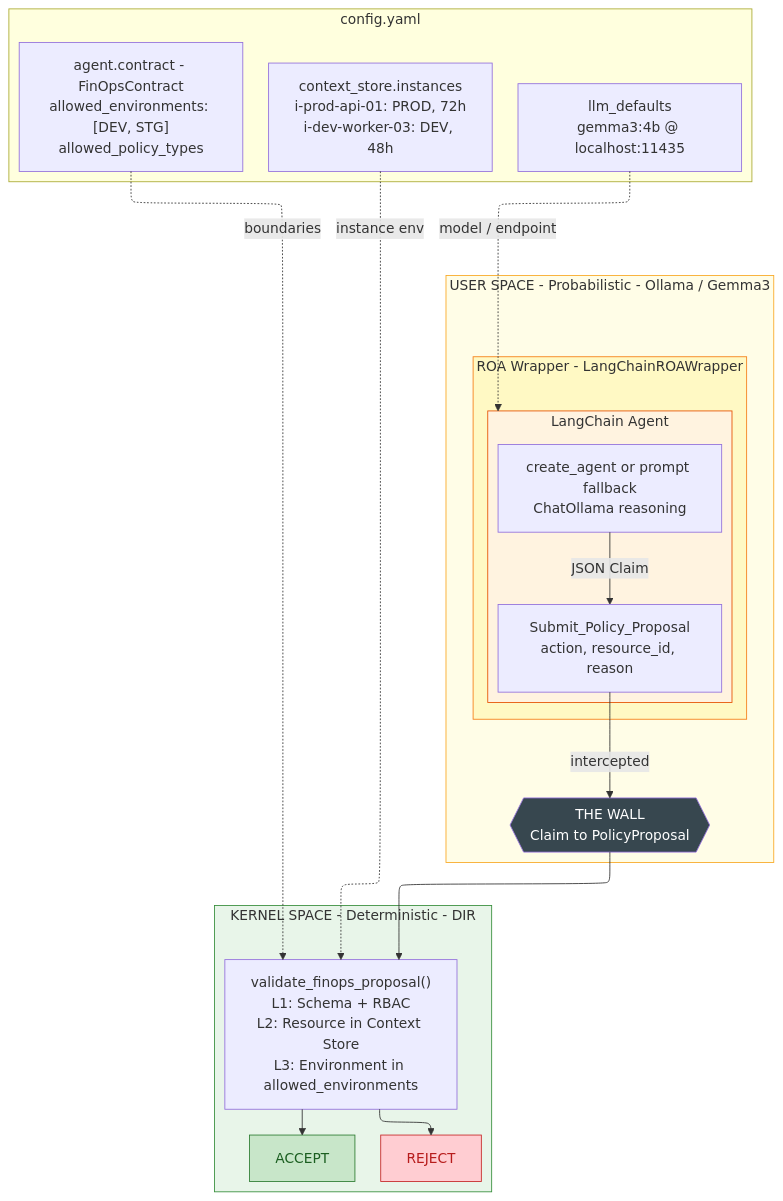
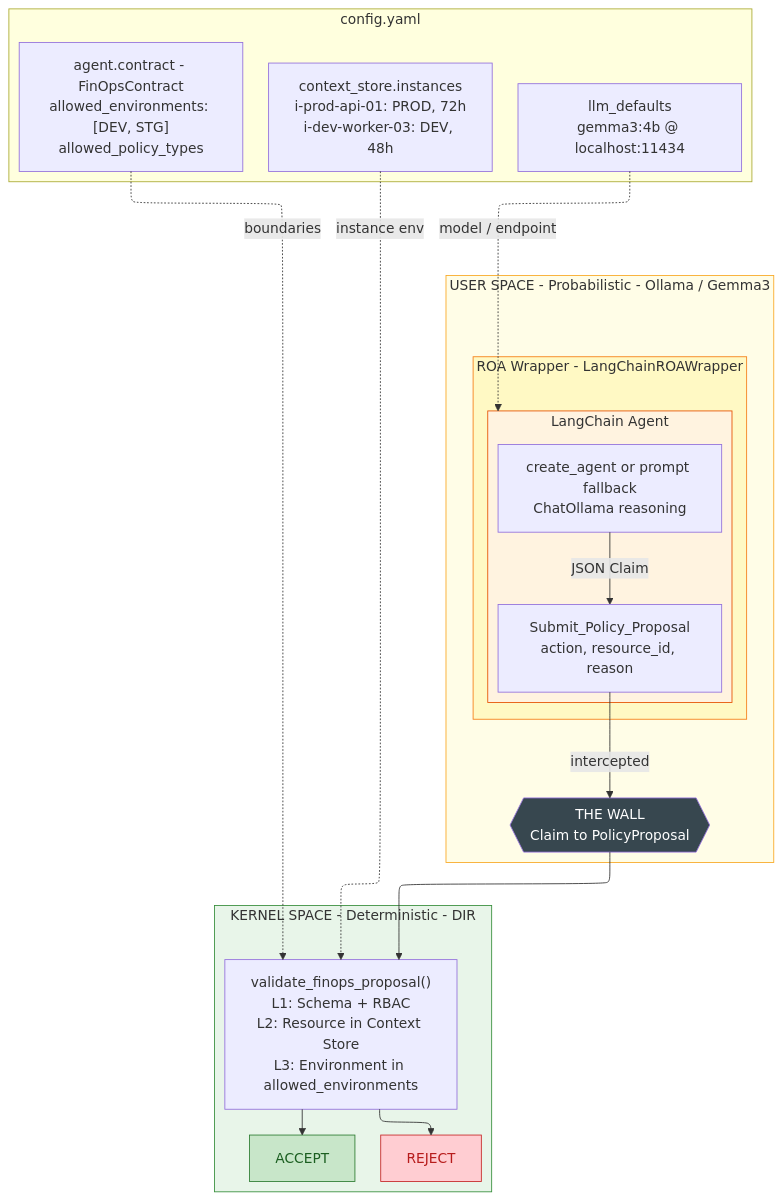
Before and after one commit to huka81/decision-intelligence-runtime: the first of 3 diagrams in samples/34_langchain_roa_wrapper/README.md, drawn with Mermaid. The commit also changed other lines of this file and 62 other files, not shown here.

````diff
--- a/samples/34_langchain_roa_wrapper/README.md
+++ b/samples/34_langchain_roa_wrapper/README.md
@@ -110,45 +110,45 @@
 ```mermaid
 ---
 config:
   layout: elk
 ---
 flowchart TB
     subgraph CFG["config.yaml"]
-        LLMCFG["`llm_defaults<br/>gemma3:4b @ localhost:11435`"]
+        LLMCFG["`llm_defaults<br/>gemma3:4b @ localhost:11434`"]
         CONTRACT["`agent.contract - FinOpsContract<br/>allowed_environments: [DEV, STG]<br/>allowed_policy_types`"]
         CTXSTORE["`context_store.instances<br/>i-prod-api-01: PROD, 72h<br/>i-dev-worker-03: DEV, 48h`"]
     end
 
     subgraph US["USER SPACE - Probabilistic - Ollama / Gemma3"]
         subgraph ROA["ROA Wrapper - LangChainROAWrapper"]
             subgraph LC["LangChain Agent"]
                 AGENT["`create_agent or prompt fallback<br/>ChatOllama reasoning`"]
                 TOOL["`Submit_Policy_Proposal<br/>action, resource_id, reason`"]
                 AGENT -->|JSON Claim| TOOL
             end
         end
         TOOL -->|intercepted| WALL
     end
 
     WALL{{"`THE WALL<br/>Claim to PolicyProposal`"}}
 
     subgraph KS["KERNEL SPACE - Deterministic - DIR"]
         DIM["`validate_finops_proposal()<br/>L1: Schema + RBAC<br/>L2: Resource in Context Store<br/>L3: Environment in allowed_environments`"]
         ACCEPT["ACCEPT"]
         REJ["REJECT"]
         DIM --> ACCEPT & REJ
     end
 
     WALL --> DIM
     CTXSTORE -.->|instance env| DIM
     CONTRACT -.->|boundaries| DIM
     LLMCFG -.->|model / endpoint| LC
 
     style US fill:#fffde7,stroke:#f9a825,color:#333
     style KS fill:#e8f5e9,stroke:#388e3c,color:#333
     style ROA fill:#fff9c4,stroke:#f57f17,color:#333
     style LC fill:#fff3e0,stroke:#e65100,color:#333
     style WALL fill:#37474f,color:#fff
     style ACCEPT fill:#c8e6c9,stroke:#2e7d32,color:#1b5e20
     style REJ fill:#ffcdd2,stroke:#c62828,color:#b71c1c
 ```
````
